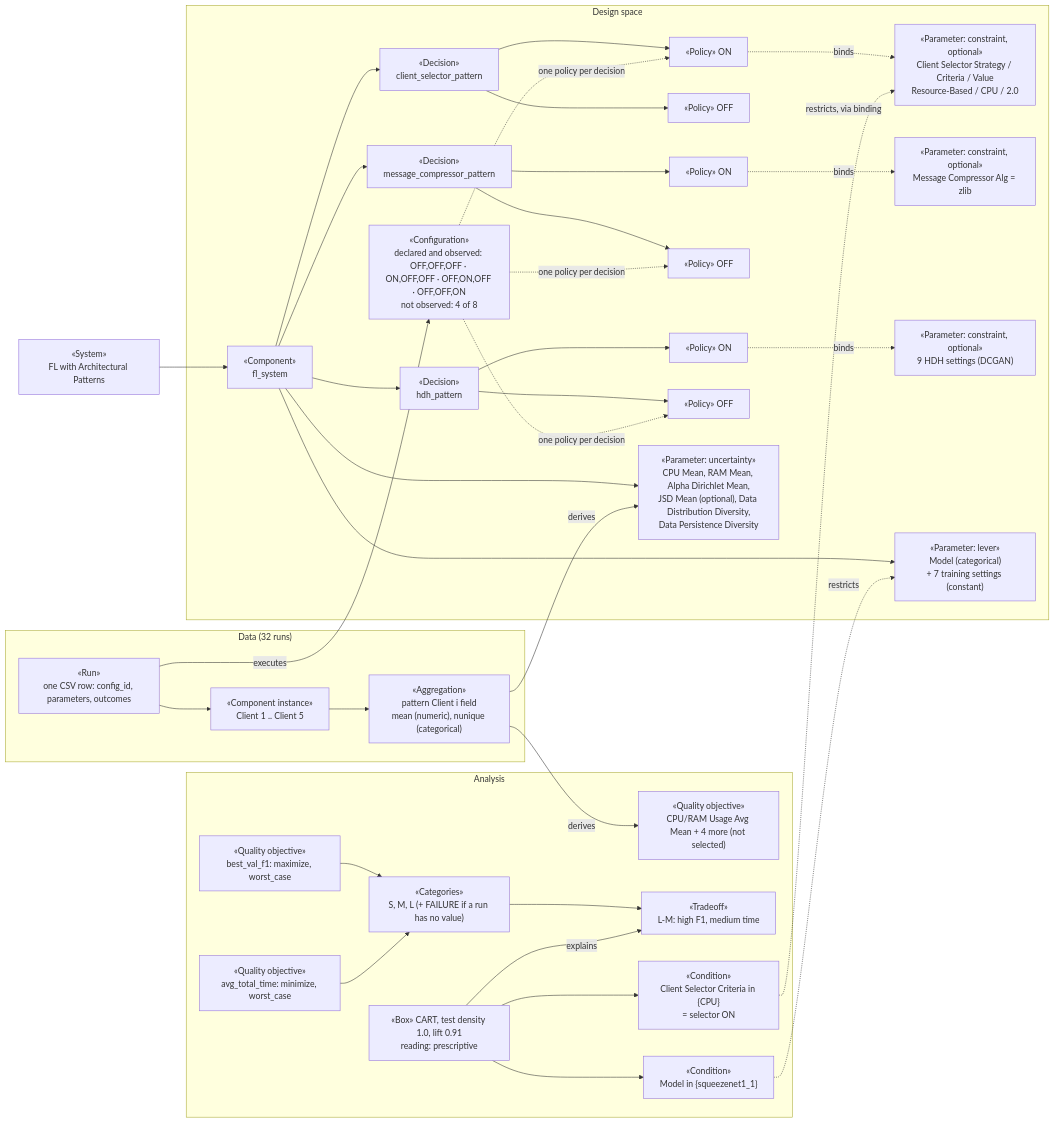
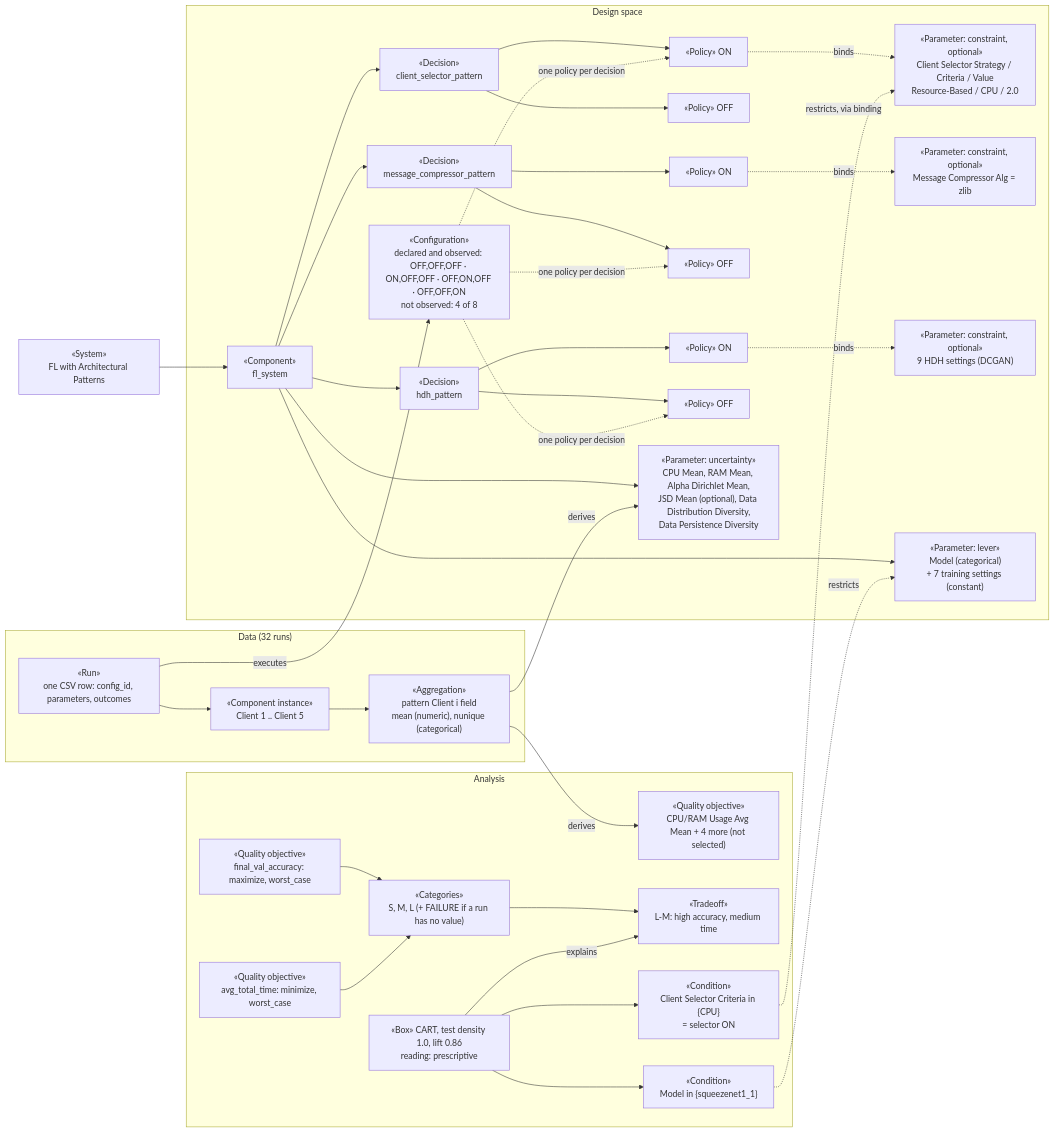
One commit to andresdp/patterns-sa changed the second of 3 diagrams in docs/paper_adept_formal_extension.md. Above: the diagram before and after it, drawn with Mermaid. The commit also changed other lines of this file and 8 other files, not shown here.

````diff
--- a/docs/paper_adept_formal_extension.md
+++ b/docs/paper_adept_formal_extension.md
@@ -128,46 +128,46 @@
 ```mermaid
 flowchart LR
     SYS["«System»<br/>FL with Architectural Patterns"] --> COMP["«Component»<br/>fl_system"]
 
     subgraph DS["Design space"]
         COMP --> D1["«Decision»<br/>client_selector_pattern"]
         COMP --> D2["«Decision»<br/>message_compressor_pattern"]
         COMP --> D3["«Decision»<br/>hdh_pattern"]
         D1 --> P1on["«Policy» ON"] & P1off["«Policy» OFF"]
         D2 --> P2on["«Policy» ON"] & P2off["«Policy» OFF"]
         D3 --> P3on["«Policy» ON"] & P3off["«Policy» OFF"]
         P1on -.->|binds| S1["«Parameter: constraint, optional»<br/>Client Selector Strategy / Criteria / Value<br/>Resource-Based / CPU / 2.0"]
         P2on -.->|binds| S2["«Parameter: constraint, optional»<br/>Message Compressor Alg = zlib"]
         P3on -.->|binds| S3["«Parameter: constraint, optional»<br/>9 HDH settings (DCGAN)"]
         COMP --> L["«Parameter: lever»<br/>Model (categorical)<br/>+ 7 training settings (constant)"]
         COMP --> U["«Parameter: uncertainty»<br/>CPU Mean, RAM Mean, Alpha Dirichlet Mean,<br/>JSD Mean (optional), Data Distribution Diversity,<br/>Data Persistence Diversity"]
         CFG["«Configuration»<br/>declared and observed: OFF,OFF,OFF · ON,OFF,OFF · OFF,ON,OFF · OFF,OFF,ON<br/>not observed: 4 of 8"]
         CFG -.->|one policy per decision| P1on & P2off & P3off
     end
 
     subgraph DATA["Data (32 runs)"]
         RUN["«Run»<br/>one CSV row: config_id, parameters, outcomes"]
         INST["«Component instance»<br/>Client 1 .. Client 5"]
         AGG["«Aggregation»<br/>pattern Client i field<br/>mean (numeric), nunique (categorical)"]
         RUN --> INST --> AGG
     end
     AGG -->|derives| U
     AGG -->|derives| O3
 
     subgraph RES["Analysis"]
-        O1["«Quality objective»<br/>best_val_f1: maximize, worst_case"]
+        O1["«Quality objective»<br/>final_val_accuracy: maximize, worst_case"]
         O2["«Quality objective»<br/>avg_total_time: minimize, worst_case"]
         O3["«Quality objective»<br/>CPU/RAM Usage Avg Mean + 4 more (not selected)"]
         SCH["«Categories»<br/>S, M, L (+ FAILURE if a run has no value)"]
-        T["«Tradeoff»<br/>L-M: high F1, medium time"]
-        B["«Box» CART, test density 1.0, lift 0.91<br/>reading: prescriptive"]
+        T["«Tradeoff»<br/>L-M: high accuracy, medium time"]
+        B["«Box» CART, test density 1.0, lift 0.86<br/>reading: prescriptive"]
         C1["«Condition»<br/>Model in {squeezenet1_1}"]
         C2["«Condition»<br/>Client Selector Criteria in {CPU}<br/>= selector ON"]
         O1 & O2 --> SCH --> T
         B -->|explains| T
         B --> C1 & C2
     end
     C1 -.->|restricts| L
     C2 -.->|restricts, via binding| S1
     RUN -->|executes| CFG
 ```
````
